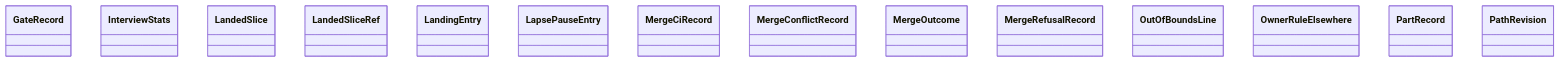
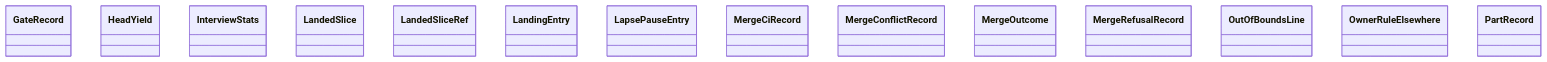
Before and after one commit to GonzaloZevallos/agentic-system: the diagram in docs/architecture/generated/classes-process-domain-state-5.md, drawn with Mermaid. The commit also changed 8 other files, not shown here.

First line of the commit message:
Add head_* document fields, add_head_yield and rules.task_account_paused

````diff
--- a/docs/architecture/generated/classes-process-domain-state-5.md
+++ b/docs/architecture/generated/classes-process-domain-state-5.md
@@ -25,17 +25,17 @@
 ```mermaid
 classDiagram
     class task__GateRecord["GateRecord"]
+    class task__HeadYield["HeadYield"]
     class task__InterviewStats["InterviewStats"]
     class task__LandedSlice["LandedSlice"]
     class task__LandedSliceRef["LandedSliceRef"]
     class task__LandingEntry["LandingEntry"]
     class task__LapsePauseEntry["LapsePauseEntry"]
     class task__MergeCiRecord["MergeCiRecord"]
     class task__MergeConflictRecord["MergeConflictRecord"]
     class task__MergeOutcome["MergeOutcome"]
     class task__MergeRefusalRecord["MergeRefusalRecord"]
     class task__OutOfBoundsLine["OutOfBoundsLine"]
     class task__OwnerRuleElsewhere["OwnerRuleElsewhere"]
     class task__PartRecord["PartRecord"]
-    class task__PathRevision["PathRevision"]
 ```
````
